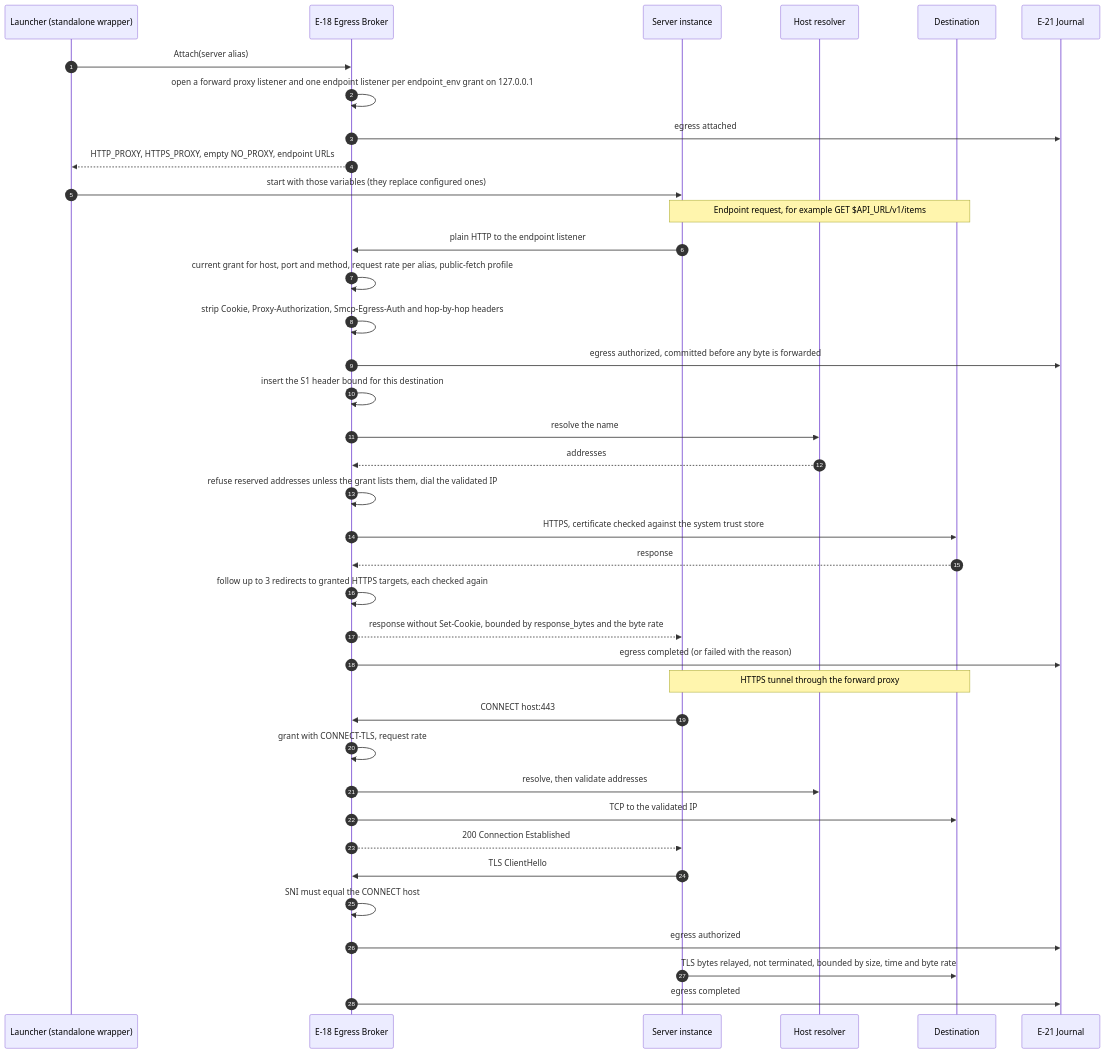
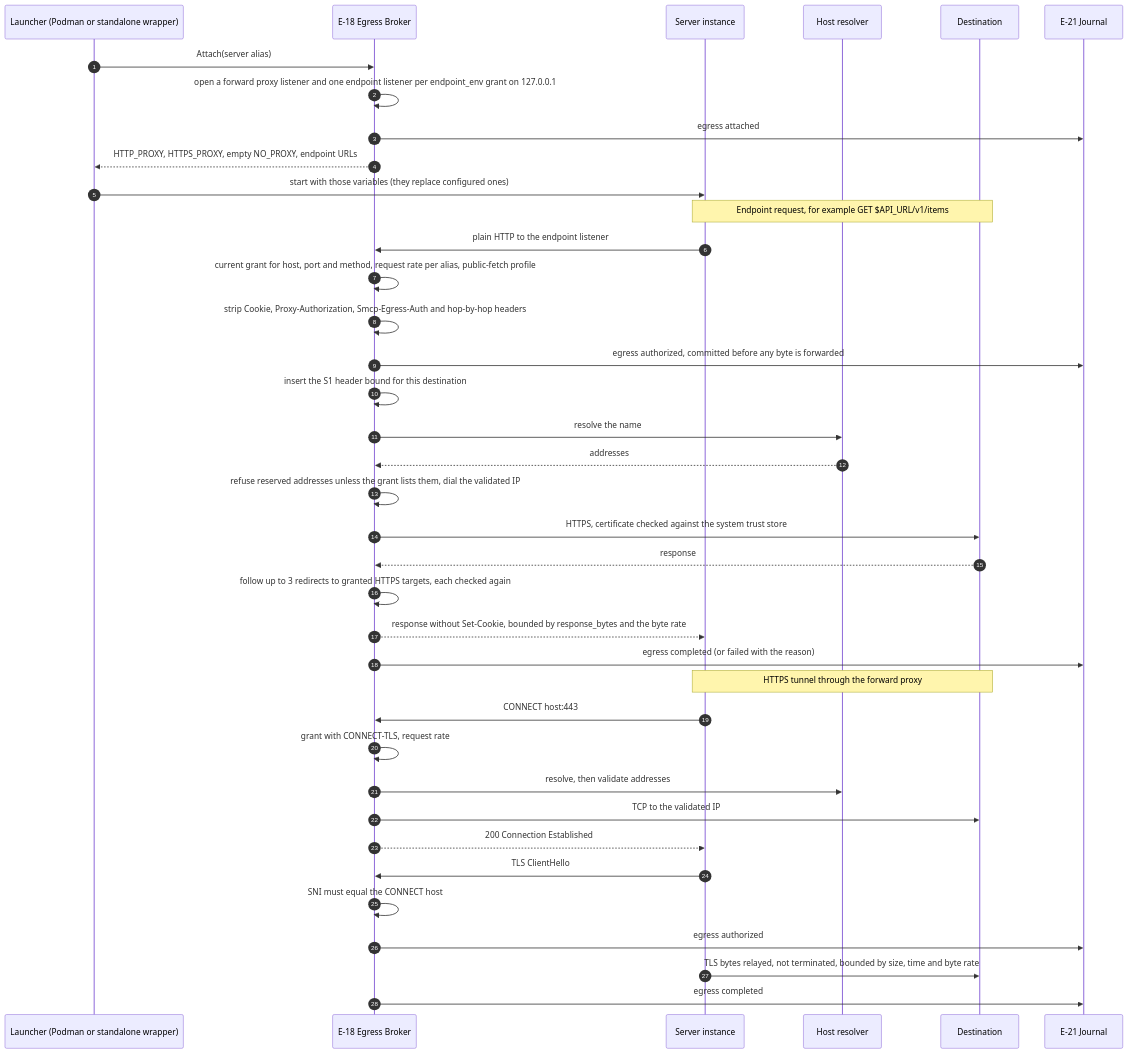
Before and after one commit to ethan03805/Secure-MCP-Gateway: the diagram in docs/flows/egress.md, drawn with Mermaid. The commit also changed other lines of this file and 44 other files, not shown here.

````diff
--- a/docs/flows/egress.md
+++ b/docs/flows/egress.md
@@ -5,41 +5,41 @@
 ```mermaid
 sequenceDiagram
   autonumber
-  participant L as Launcher (standalone wrapper)
+  participant L as Launcher (Podman or standalone wrapper)
   participant E18 as E-18 Egress Broker
   participant S as Server instance
   participant DNS as Host resolver
   participant X as Destination
   participant E21 as E-21 Journal
 
   L->>E18: Attach(server alias)
   E18->>E18: open a forward proxy listener and one endpoint listener per endpoint_env grant on 127.0.0.1
   E18->>E21: egress attached
   E18-->>L: HTTP_PROXY, HTTPS_PROXY, empty NO_PROXY, endpoint URLs
   L->>S: start with those variables (they replace configured ones)
   Note over S,X: Endpoint request, for example GET $API_URL/v1/items
   S->>E18: plain HTTP to the endpoint listener
   E18->>E18: current grant for host, port and method, request rate per alias, public-fetch profile
   E18->>E18: strip Cookie, Proxy-Authorization, Smcp-Egress-Auth and hop-by-hop headers
   E18->>E21: egress authorized, committed before any byte is forwarded
   E18->>E18: insert the S1 header bound for this destination
   E18->>DNS: resolve the name
   DNS-->>E18: addresses
   E18->>E18: refuse reserved addresses unless the grant lists them, dial the validated IP
   E18->>X: HTTPS, certificate checked against the system trust store
   X-->>E18: response
   E18->>E18: follow up to 3 redirects to granted HTTPS targets, each checked again
   E18-->>S: response without Set-Cookie, bounded by response_bytes and the byte rate
   E18->>E21: egress completed (or failed with the reason)
   Note over S,X: HTTPS tunnel through the forward proxy
   S->>E18: CONNECT host:443
   E18->>E18: grant with CONNECT-TLS, request rate
   E18->>DNS: resolve, then validate addresses
   E18->>X: TCP to the validated IP
   E18-->>S: 200 Connection Established
   S->>E18: TLS ClientHello
   E18->>E18: SNI must equal the CONNECT host
   E18->>E21: egress authorized
   S->>X: TLS bytes relayed, not terminated, bounded by size, time and byte rate
   E18->>E21: egress completed
 ```
````
